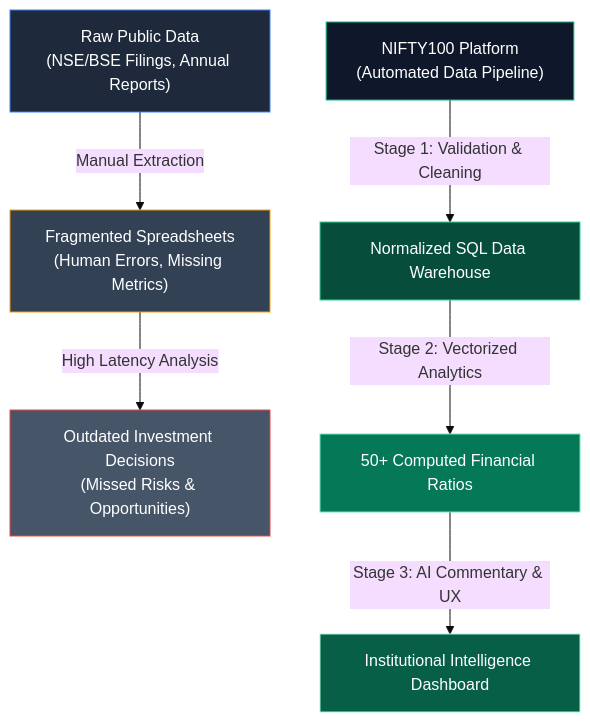
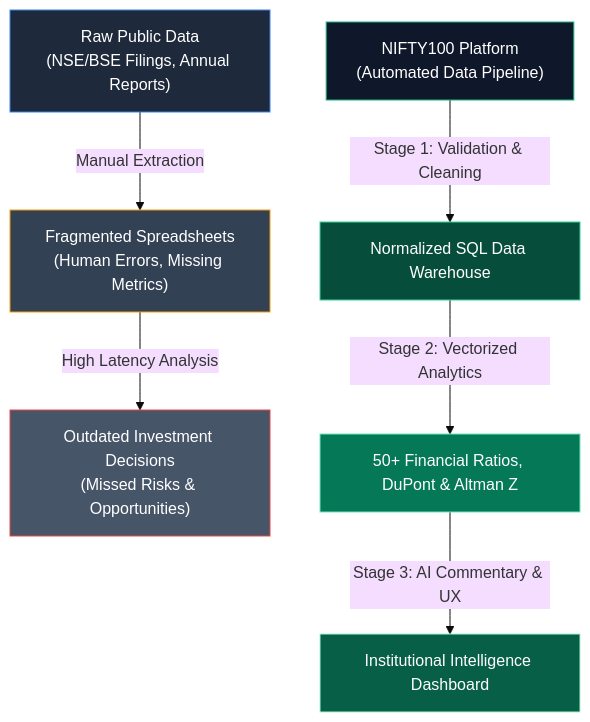
One commit to MALLAMPOLAIAHGANESH/n100-financial-intelligence-platform changed the first of 7 diagrams in README.md. Above: the diagram before and after it, drawn with Mermaid (base theme). The commit also changed other lines of this file, not shown here.

Commit message:
docs: update README.md with DuPont, Altman Z, Piotroski models, reports API & peer radar

````diff
--- a/README.md
+++ b/README.md
@@ -87,18 +87,18 @@
 ```mermaid
 flowchart TD
     A["Raw Public Data\n(NSE/BSE Filings, Annual Reports)"] -->|"Manual Extraction"| B["Fragmented Spreadsheets\n(Human Errors, Missing Metrics)"]
     B -->|"High Latency Analysis"| C["Outdated Investment Decisions\n(Missed Risks & Opportunities)"]
     
     style A fill:#1e293b,stroke:#3b82f6,color:#fff
     style B fill:#334155,stroke:#f59e0b,color:#fff
     style C fill:#475569,stroke:#ef4444,color:#fff
 
     D["NIFTY100 Platform\n(Automated Data Pipeline)"] -->|"Stage 1: Validation & Cleaning"| E["Normalized SQL Data Warehouse"]
-    E -->|"Stage 2: Vectorized Analytics"| F["50+ Computed Financial Ratios"]
+    E -->|"Stage 2: Vectorized Analytics"| F["50+ Financial Ratios, DuPont & Altman Z"]
     F -->|"Stage 3: AI Commentary & UX"| G["Institutional Intelligence Dashboard"]
 
     style D fill:#0f172a,stroke:#10b981,color:#fff
     style E fill:#064e3b,stroke:#34d399,color:#fff
     style F fill:#047857,stroke:#6ee7b7,color:#fff
     style G fill:#065f46,stroke:#a7f3d0,color:#fff
 ```
````
